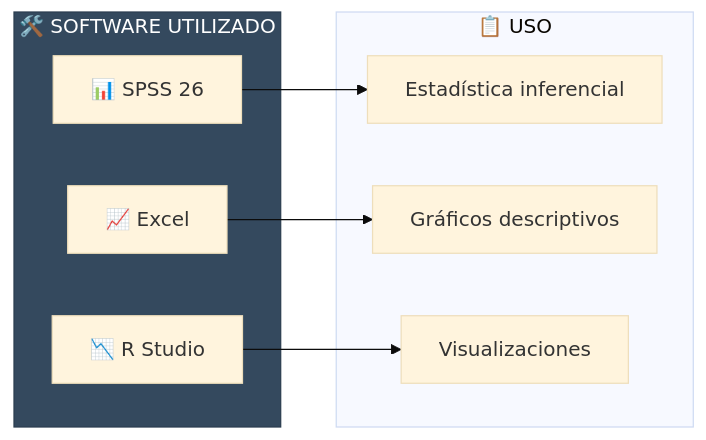
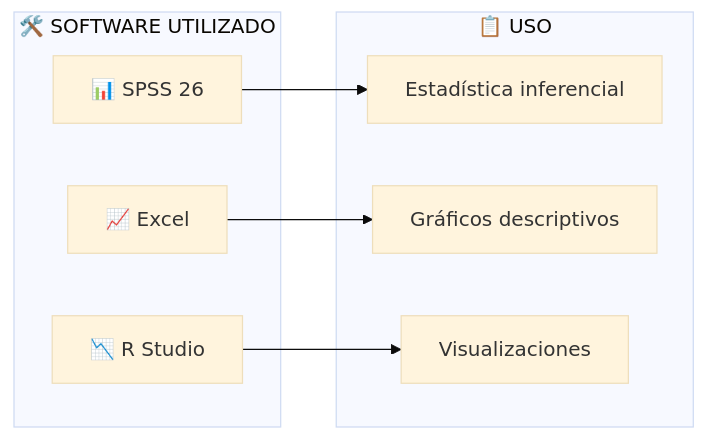
Before and after one commit to decagraff/LCService: the seventh of 8 diagrams in docs/04-metodologia/README.md, drawn with Mermaid (base theme). The commit also changed other lines of this file and 7 other files, not shown here.

````diff
--- a/docs/04-metodologia/README.md
+++ b/docs/04-metodologia/README.md
@@ -233,20 +221,19 @@
 ```mermaid
 graph LR
     subgraph herramientas["🛠️ SOFTWARE UTILIZADO"]
         H1["📊 SPSS 26"]
         H2["📈 Excel"]
         H3["📉 R Studio"]
     end
 
     subgraph uso["📋 USO"]
         U1["Estadística inferencial"]
         U2["Gráficos descriptivos"]
         U3["Visualizaciones"]
     end
 
     H1 --> U1
     H2 --> U2
     H3 --> U3
 
-    style herramientas fill:#34495e,stroke:#2c3e50,color:#fff
 ```
````
